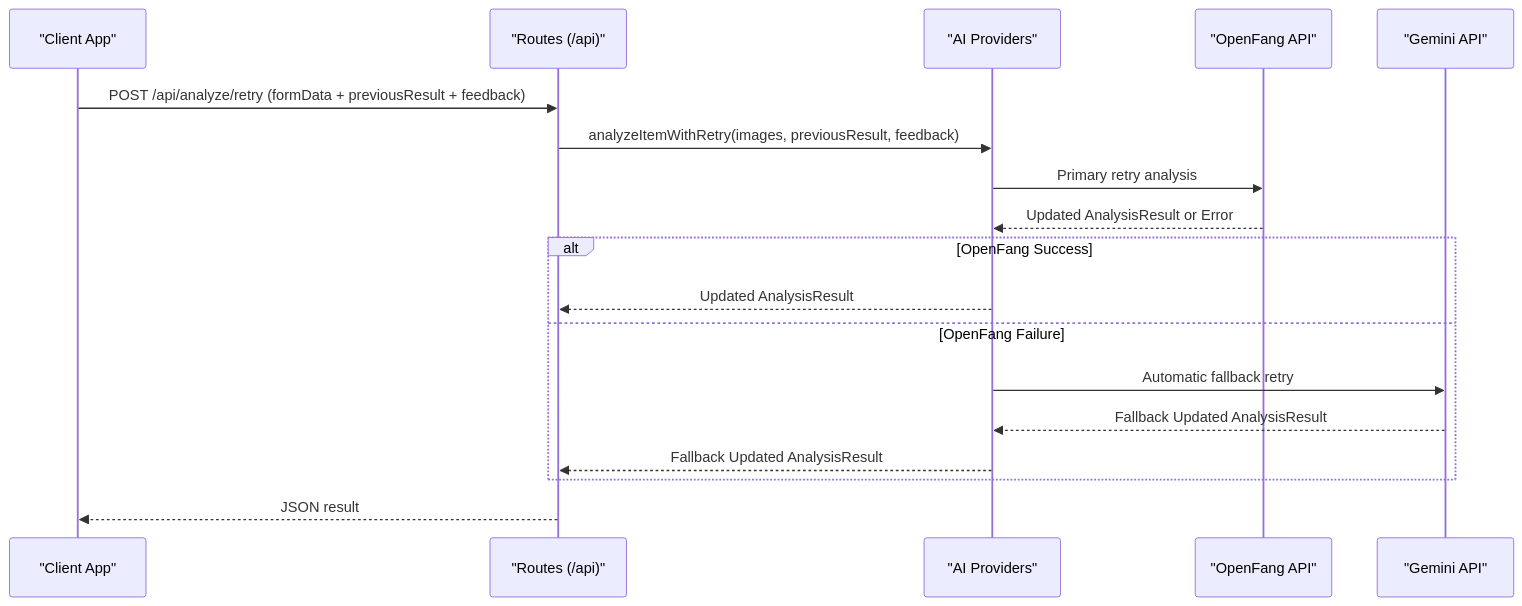
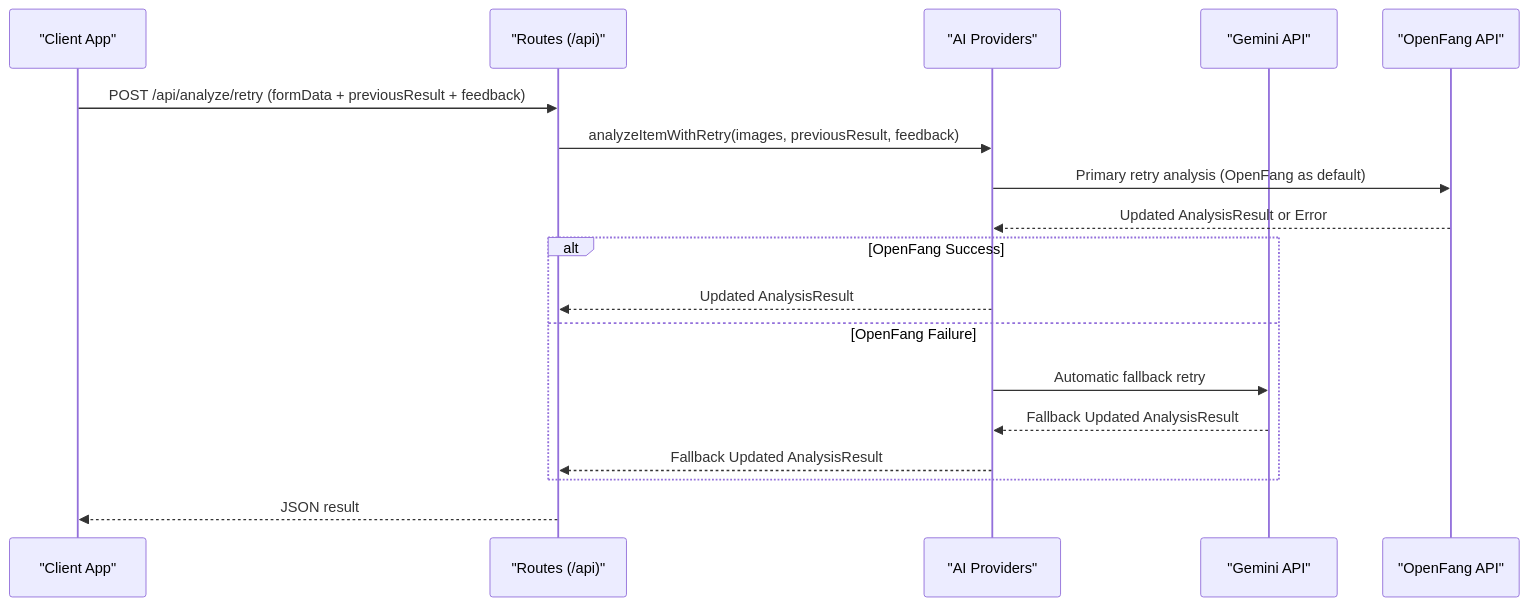
Before and after one commit to hunglevi87/Hidden-Gem: the eighth of 10 diagrams in .qoder/repowiki/en/content/Backend Services/API Endpoints/Analysis Endpoints.md, drawn with Mermaid. The commit also changed other lines of this file and 53 other files, not shown here.

First line of the commit message:
feat(ai-provider): set Gemini as default provider with OpenFang fallback

````diff
--- a/.qoder/repowiki/en/content/Backend Services/API Endpoints/Analysis Endpoints.md
+++ b/.qoder/repowiki/en/content/Backend Services/API Endpoints/Analysis Endpoints.md
@@ -420,20 +414,20 @@
 ```mermaid
 sequenceDiagram
 participant Client as "Client App"
 participant Routes as "Routes (/api)"
 participant Providers as "AI Providers"
+participant Gemini as "Gemini API"
 participant OpenFang as "OpenFang API"
-participant Gemini as "Gemini API"
 Client->>Routes : POST /api/analyze/retry (formData + previousResult + feedback)
 Routes->>Providers : analyzeItemWithRetry(images, previousResult, feedback)
-Providers->>OpenFang : Primary retry analysis
+Providers->>OpenFang : Primary retry analysis (OpenFang as default)
 OpenFang-->>Providers : Updated AnalysisResult or Error
 alt OpenFang Success
 Providers-->>Routes : Updated AnalysisResult
 else OpenFang Failure
 Providers->>Gemini : Automatic fallback retry
 Gemini-->>Providers : Fallback Updated AnalysisResult
 Providers-->>Routes : Fallback Updated AnalysisResult
 end
 Routes-->>Client : JSON result
 ```
````
